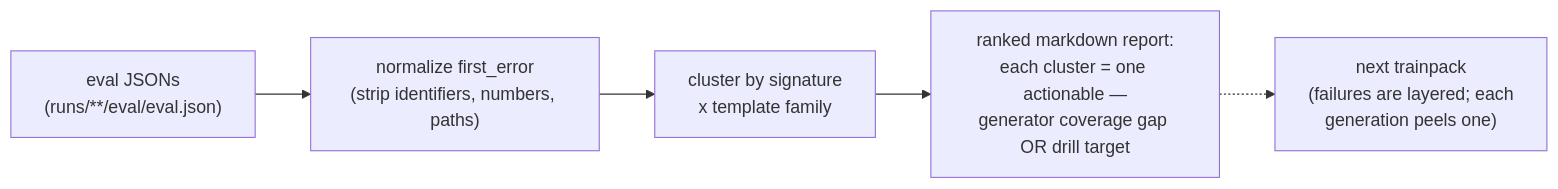
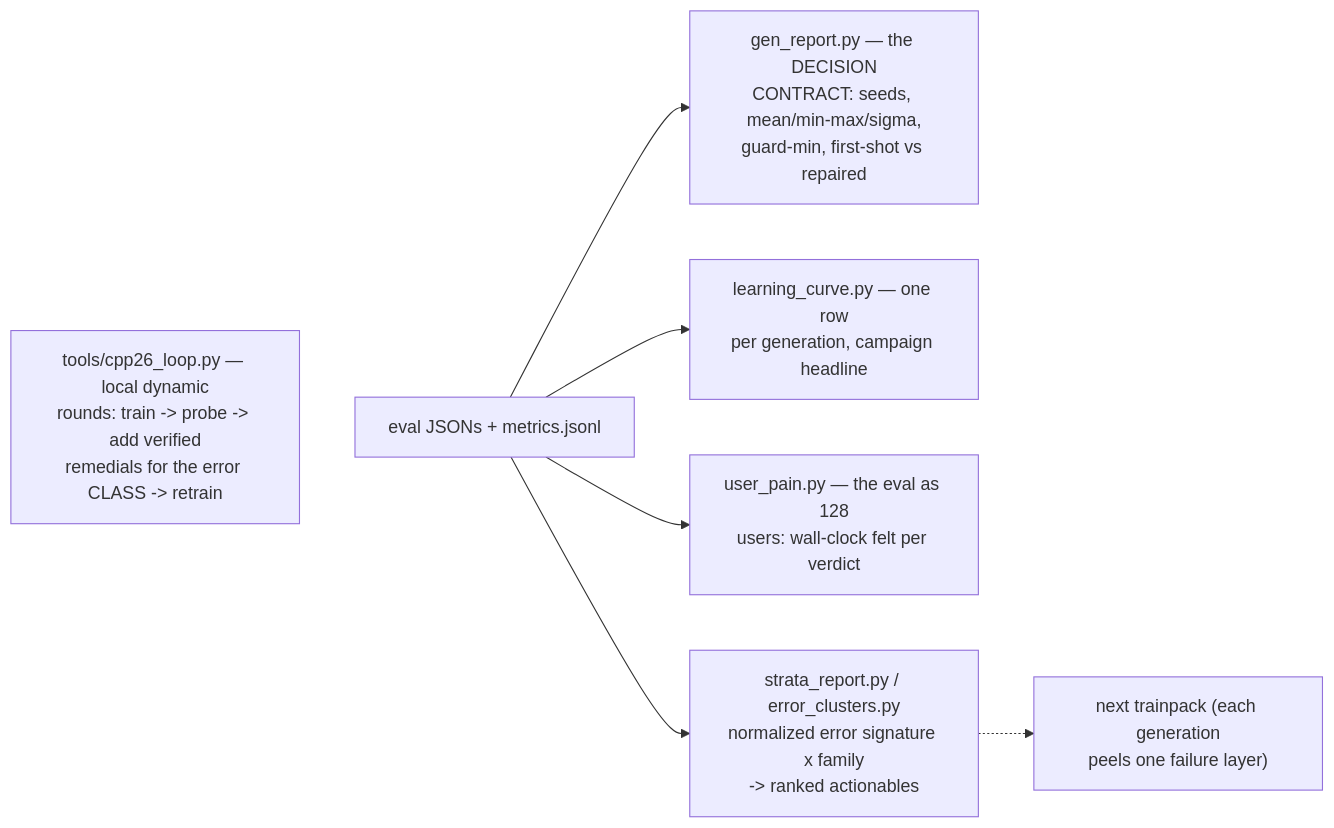
One commit to storax-io/storax-ai-train-rocm changed the sixth of 6 diagrams in docs/cli.md. Above: the diagram before and after it, drawn with Mermaid. The commit also changed other lines of this file and 1 other file, not shown here.

````diff
--- a/docs/cli.md
+++ b/docs/cli.md
@@ -137,7 +110,9 @@
 ```mermaid
 flowchart LR
-    EJ["eval JSONs<br/>(runs/**/eval/eval.json)"] --> N["normalize first_error<br/>(strip identifiers, numbers, paths)"]
-    N --> CL["cluster by signature<br/>x template family"]
-    CL --> MD["ranked markdown report:<br/>each cluster = one actionable —<br/>generator coverage gap OR drill target"]
-    MD -.-> GEN2["next trainpack<br/>(failures are layered; each<br/>generation peels one)"]
+    EJ["eval JSONs + metrics.jsonl"] --> GR["gen_report.py — the DECISION<br/>CONTRACT: seeds, mean/min-max/sigma,<br/>guard-min, first-shot vs repaired"]
+    EJ --> LC["learning_curve.py — one row<br/>per generation, campaign headline"]
+    EJ --> UP["user_pain.py — the eval as 128<br/>users: wall-clock felt per verdict"]
+    EJ --> N["strata_report.py / error_clusters.py<br/>normalized error signature x family<br/>-> ranked actionables"]
+    N -.-> GEN2["next trainpack (each generation<br/>peels one failure layer)"]
+    LOOP["tools/cpp26_loop.py — local dynamic<br/>rounds: train -> probe -> add verified<br/>remedials for the error CLASS -> retrain"] ~~~ EJ
 ```
````
